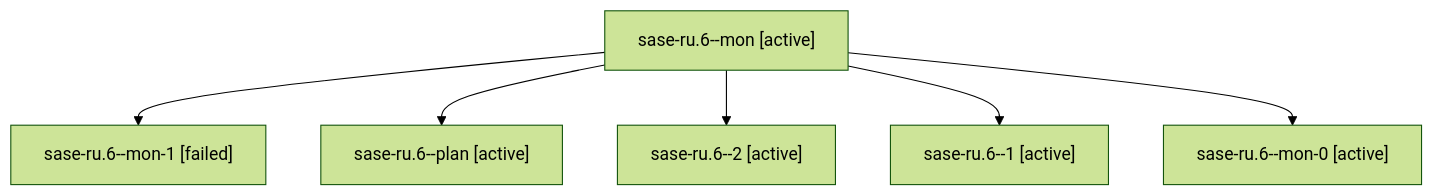
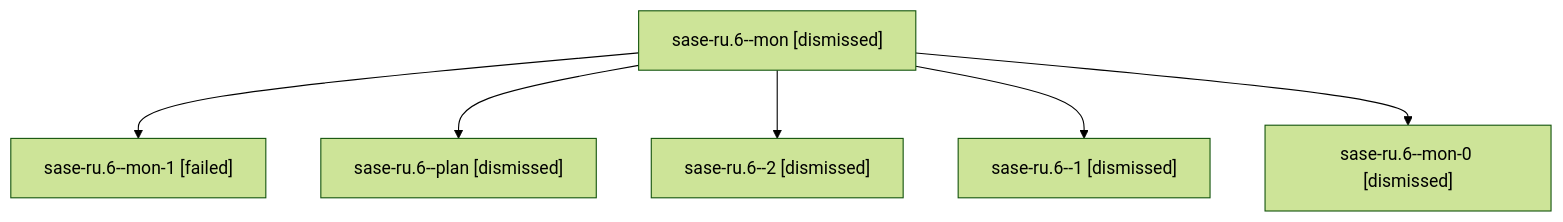
Before and after one commit to sase-org/sase--agents: the diagram in sessions/bbugyi200.athena.sase-ru.6.md, drawn with Mermaid (forest theme). The commit also changed other lines of this file and 127 other files, not shown here.

````diff
--- a/sessions/bbugyi200.athena.sase-ru.6.md
+++ b/sessions/bbugyi200.athena.sase-ru.6.md
@@ -9,14 +9,14 @@
 ```mermaid
 flowchart TD
-  n0["sase-ru.6--mon [active]"]
+  n0["sase-ru.6--mon [dismissed]"]
   n1["sase-ru.6--mon-1 [failed]"]
   n0 --> n1
-  n2["sase-ru.6--plan [active]"]
+  n2["sase-ru.6--plan [dismissed]"]
   n0 --> n2
-  n3["sase-ru.6--2 [active]"]
+  n3["sase-ru.6--2 [dismissed]"]
   n0 --> n3
-  n4["sase-ru.6--1 [active]"]
+  n4["sase-ru.6--1 [dismissed]"]
   n0 --> n4
-  n5["sase-ru.6--mon-0 [active]"]
+  n5["sase-ru.6--mon-0 [dismissed]"]
   n0 --> n5
 ```
````
